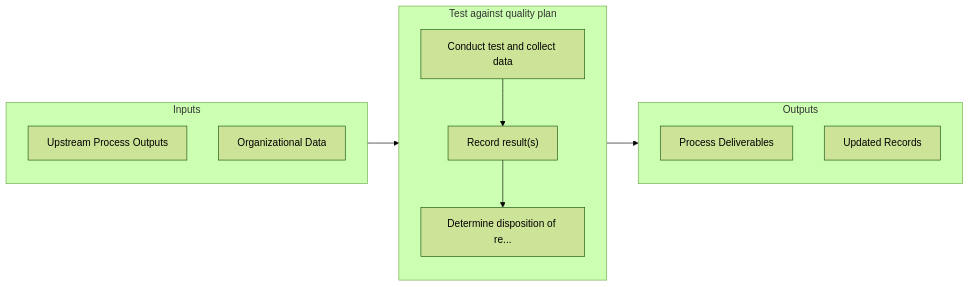
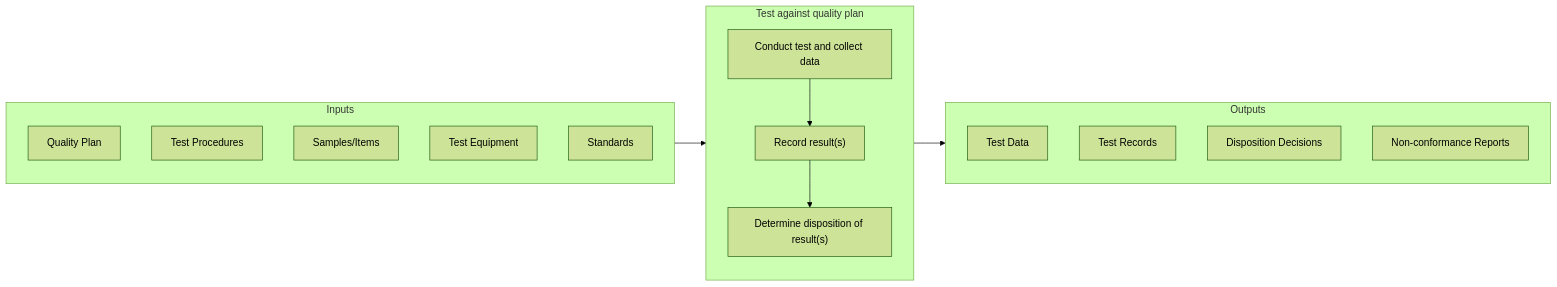
The second of 2 diagrams in processes/13-Capabilities/13.3-ManageEnterpriseQuality/13.3.2-EvaluatePerformanceRequirements/13.3.2.1-TestAgainstQualityPlan/index.mdx (kziemski/business.org.ai), drawn with Mermaid (forest theme) before and after one commit. The commit also changed other lines of this file and 885 other files, not shown here.

````diff
--- a/processes/13-Capabilities/13.3-ManageEnterpriseQuality/13.3.2-EvaluatePerformanceRequirements/13.3.2.1-TestAgainstQualityPlan/index.mdx
+++ b/processes/13-Capabilities/13.3-ManageEnterpriseQuality/13.3.2-EvaluatePerformanceRequirements/13.3.2.1-TestAgainstQualityPlan/index.mdx
@@ -62,22 +64,27 @@
 ```mermaid
 flowchart LR
     subgraph Inputs["Inputs"]
-        I1["Upstream Process Outputs"]
-        I2["Organizational Data"]
+        I1["Quality Plan"]
+        I2["Test Procedures"]
+        I3["Samples/Items"]
+        I4["Test Equipment"]
+        I5["Standards"]
     end
 
     subgraph Process["Test against quality plan"]
         S1["Conduct test and collect data"]
         S2["Record result(s)"]
-        S3["Determine disposition of re..."]
+        S3["Determine disposition of result(s)"]
     end
 
     subgraph Outputs["Outputs"]
-        O1["Process Deliverables"]
-        O2["Updated Records"]
+        O1["Test Data"]
+        O2["Test Records"]
+        O3["Disposition Decisions"]
+        O4["Non-conformance Reports"]
     end
 
     Inputs --> Process --> Outputs
     S1 --> S2
     S2 --> S3
 ```
````
